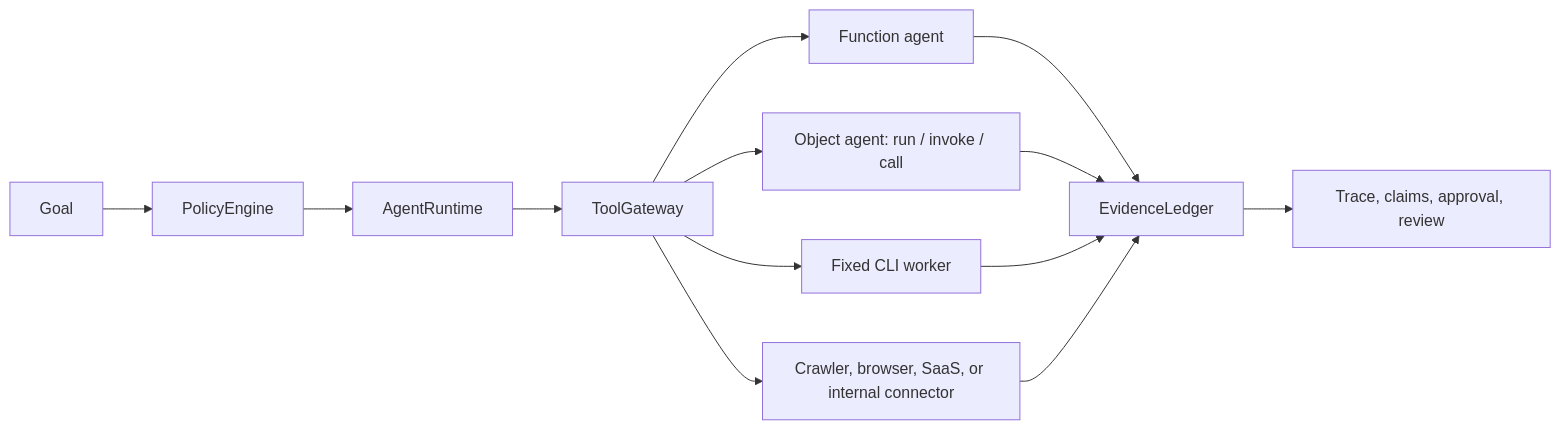
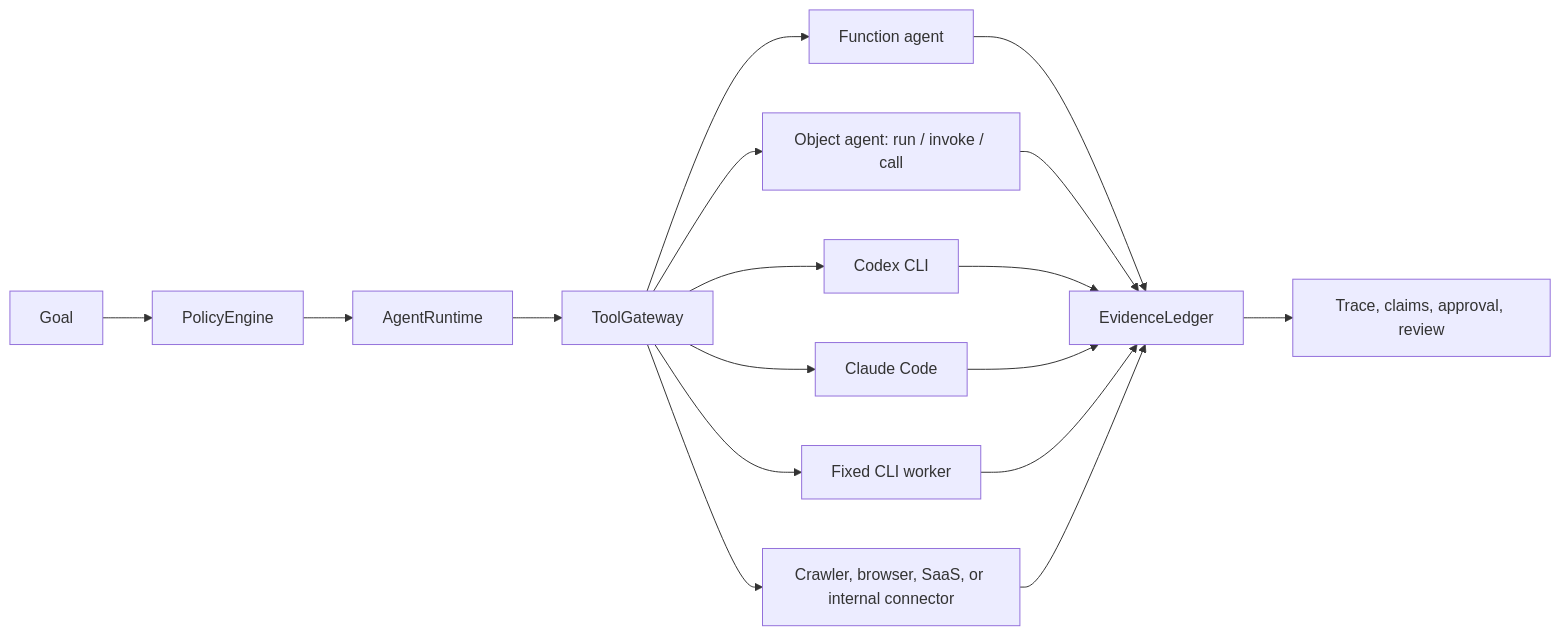
One commit to AjnasNB/maqam changed the diagram in docs/usage.md. Above: the diagram before and after it, drawn with Mermaid. The commit also changed other lines of this file and 41 other files, not shown here.

````diff
--- a/docs/usage.md
+++ b/docs/usage.md
@@ -919,15 +934,19 @@
 ```mermaid
 flowchart LR
   Goal["Goal"] --> Policy["PolicyEngine"]
   Policy --> Runtime["AgentRuntime"]
   Runtime --> Gateway["ToolGateway"]
   Gateway --> FunctionAgent["Function agent"]
   Gateway --> ObjectAgent["Object agent: run / invoke / call"]
+  Gateway --> Codex["Codex CLI"]
+  Gateway --> Claude["Claude Code"]
   Gateway --> CliWorker["Fixed CLI worker"]
   Gateway --> Connector["Crawler, browser, SaaS, or internal connector"]
   FunctionAgent --> Evidence["EvidenceLedger"]
   ObjectAgent --> Evidence
+  Codex --> Evidence
+  Claude --> Evidence
   CliWorker --> Evidence
   Connector --> Evidence
   Evidence --> Trace["Trace, claims, approval, review"]
 ```
````
